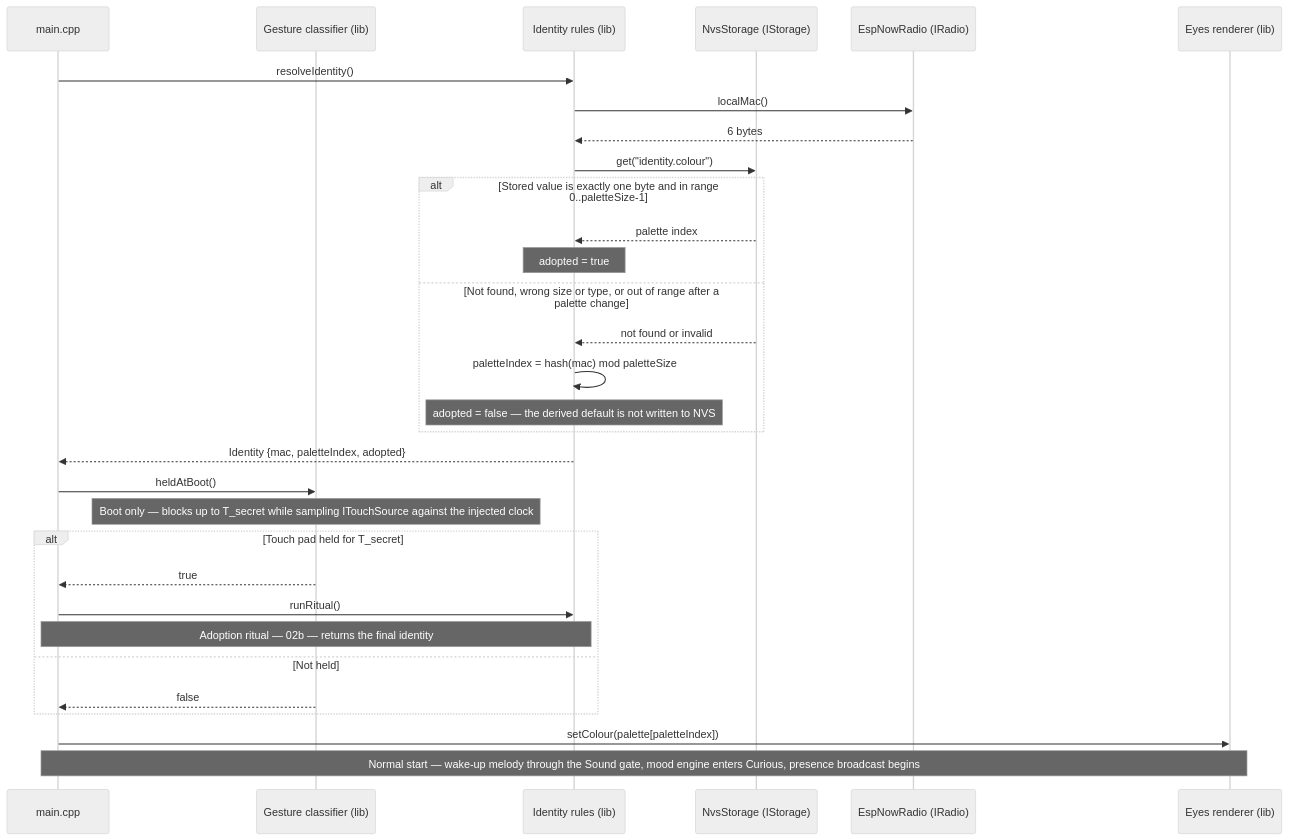
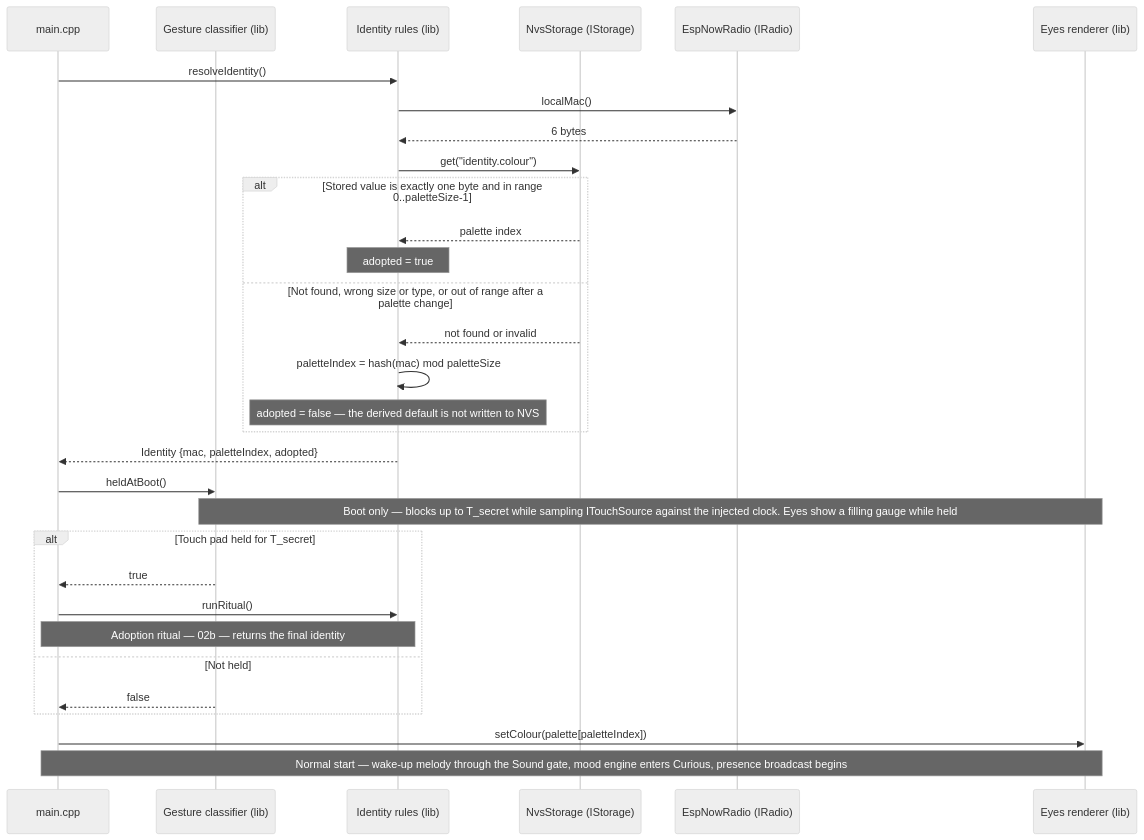
Before and after one commit to benoit-bremaud/cubbies: the diagram in docs/architecture/diagrams/identity/02a-sequence-first-boot.md, drawn with Mermaid (neutral theme). The commit also changed other lines of this file and 8 other files, not shown here.

First line of the commit message:
docs(architecture): record the owner's validation of the UML study choices

````diff
--- a/docs/architecture/diagrams/identity/02a-sequence-first-boot.md
+++ b/docs/architecture/diagrams/identity/02a-sequence-first-boot.md
@@ -17,35 +17,35 @@
 ```mermaid
 sequenceDiagram
   participant M as main.cpp
   participant G as Gesture classifier (lib)
   participant I as Identity rules (lib)
   participant S as NvsStorage (IStorage)
   participant R as EspNowRadio (IRadio)
   participant E as Eyes renderer (lib)
 
   M->>I: resolveIdentity()
   I->>R: localMac()
   R-->>I: 6 bytes
   I->>S: get("identity.colour")
   alt Stored value is exactly one byte and in range 0..paletteSize-1
     S-->>I: palette index
     Note over I: adopted = true
   else Not found, wrong size or type, or out of range after a palette change
     S-->>I: not found or invalid
     I->>I: paletteIndex = hash(mac) mod paletteSize
     Note over I: adopted = false — the derived default is not written to NVS
   end
   I-->>M: Identity {mac, paletteIndex, adopted}
 
   M->>G: heldAtBoot()
-  Note over G: Boot only — blocks up to T_secret while sampling ITouchSource against the injected clock
+  Note over G,E: Boot only — blocks up to T_secret while sampling ITouchSource against the injected clock. Eyes show a filling gauge while held
   alt Touch pad held for T_secret
     G-->>M: true
     M->>I: runRitual()
     Note over M,I: Adoption ritual — 02b — returns the final identity
   else Not held
     G-->>M: false
   end
   M->>E: setColour(palette[paletteIndex])
   Note over M,E: Normal start — wake-up melody through the Sound gate, mood engine enters Curious, presence broadcast begins
 ```
````
